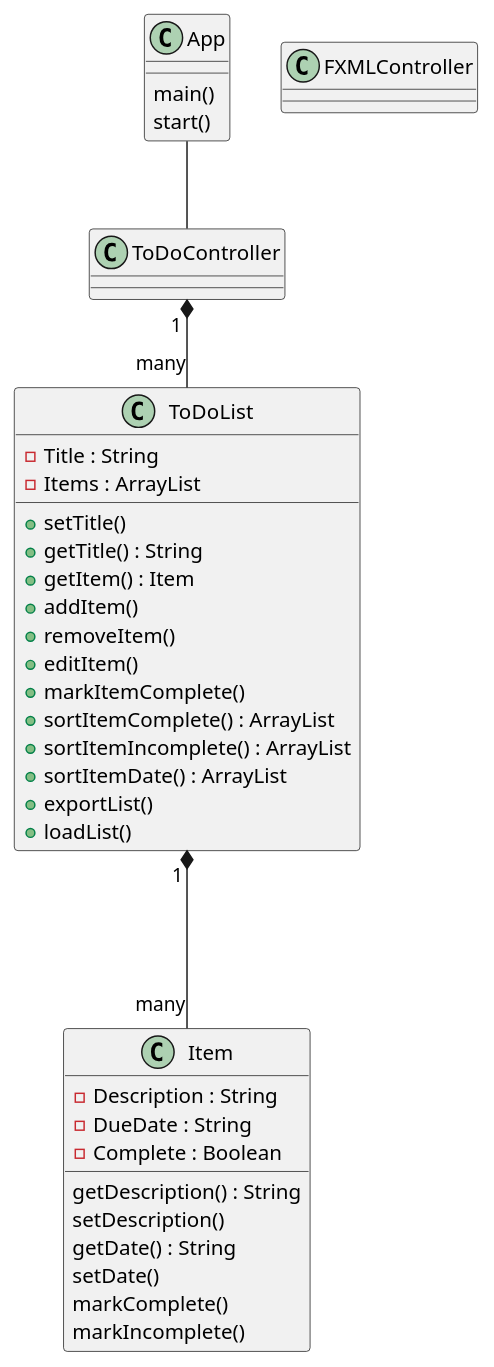
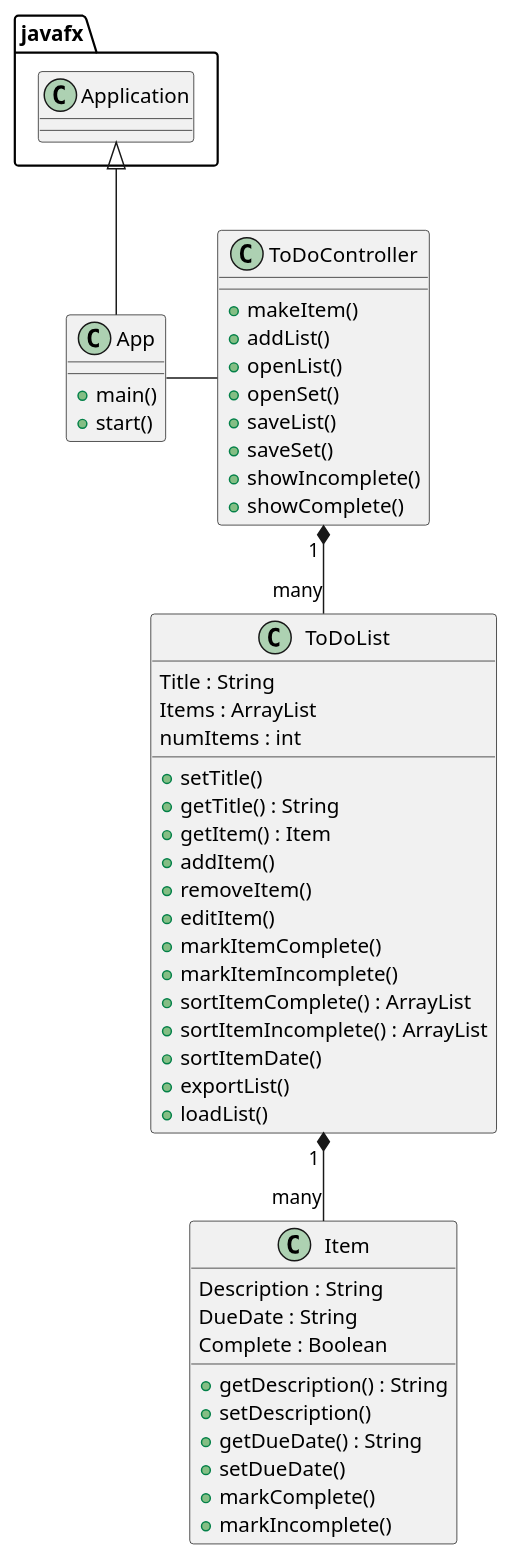
One commit to kieran-l-jimenez/jimenez-cop3330-assignment4 changed the diagram in uml/ToDoUML.puml. Above: the diagram before and after it, drawn with PlantUML. The commit also changed 13 other files, not shown here.

```diff
--- a/uml/ToDoUML.puml
+++ b/uml/ToDoUML.puml
@@ -1,64 +1,74 @@
 @startuml
 
 class App {
-main()
-start()
+    + main()
+    + start()
 }
 
+'open GUI here, Reqs 7, 18, and 20 here?
+class ToDoController {
++ makeItem()
++ addList()
++ openList()
++ openSet()
++ saveList()
++ saveSet()
++ showIncomplete()
++ showComplete()
+}
+
+'It might be easier to have a simple "ListSet" class holding ToDoLists for loading
+'and saving sets of lists - Reqs: 18, 20
+
 class ToDoList {
--Title : String
+Title : String
 'Req 2
--Items : ArrayList
+Items : ArrayList
 'Req 3
+numItems : int
 
 +setTitle()
 'Req 6/8
 +getTitle() : String
 +getItem() : Item
 'Req 14
 +addItem()
 'Req 9
 +removeItem()
 'Req 10
 +editItem()
 'Req 11/12
 +markItemComplete()
 'Req 13
++markItemIncomplete()
 +sortItemComplete() : ArrayList
 'Req 16
 +sortItemIncomplete() : ArrayList
 'Req 15
-+sortItemDate() : ArrayList
++sortItemDate()
 +exportList()
 'Req 17
 +loadList()
 'Req 19
 }
 
-'open GUI here, Reqs 7, 18, and 20 here?
-class ToDoController {
+class Item {
+Description : String
+'Req 4
+DueDate : String
+'Req 5 "YYYY-MM-DD"
+Complete : Boolean
+
++ getDescription() : String
++ setDescription()
++ getDueDate() : String
++ setDueDate()
++ markComplete()
++ markIncomplete()
 }
 
-class Item {
--Description : String
-'Req 4
--DueDate : String
-'Req 5 "YYYY-MM-DD"
--Complete : Boolean
-
-getDescription() : String
-setDescription()
-getDate() : String
-setDate()
-markComplete()
-markIncomplete()
-}
-
-class FXMLController {
-}
-
-ToDoList "1 " *--- "many" Item
-App -- ToDoController
+ToDoList "1 " *-- "many" Item
+App - ToDoController
 ToDoController "1 " *-- "many" ToDoList
-
+javafx.Application <|-- App
 @enduml
```
